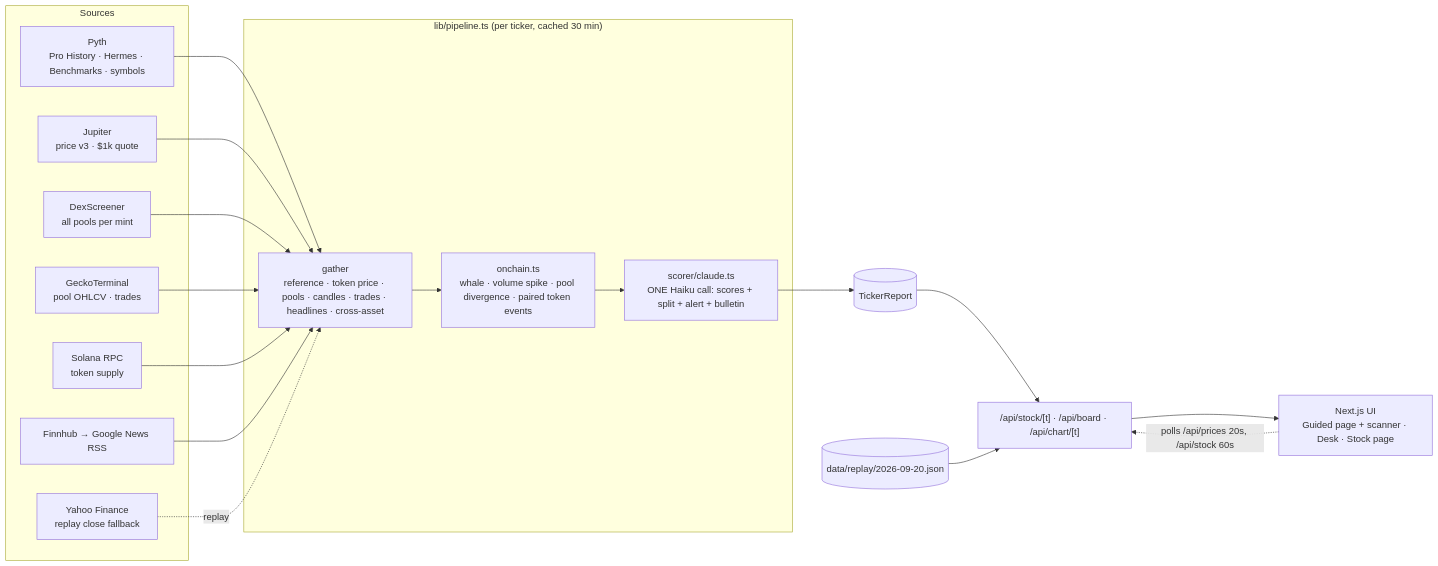
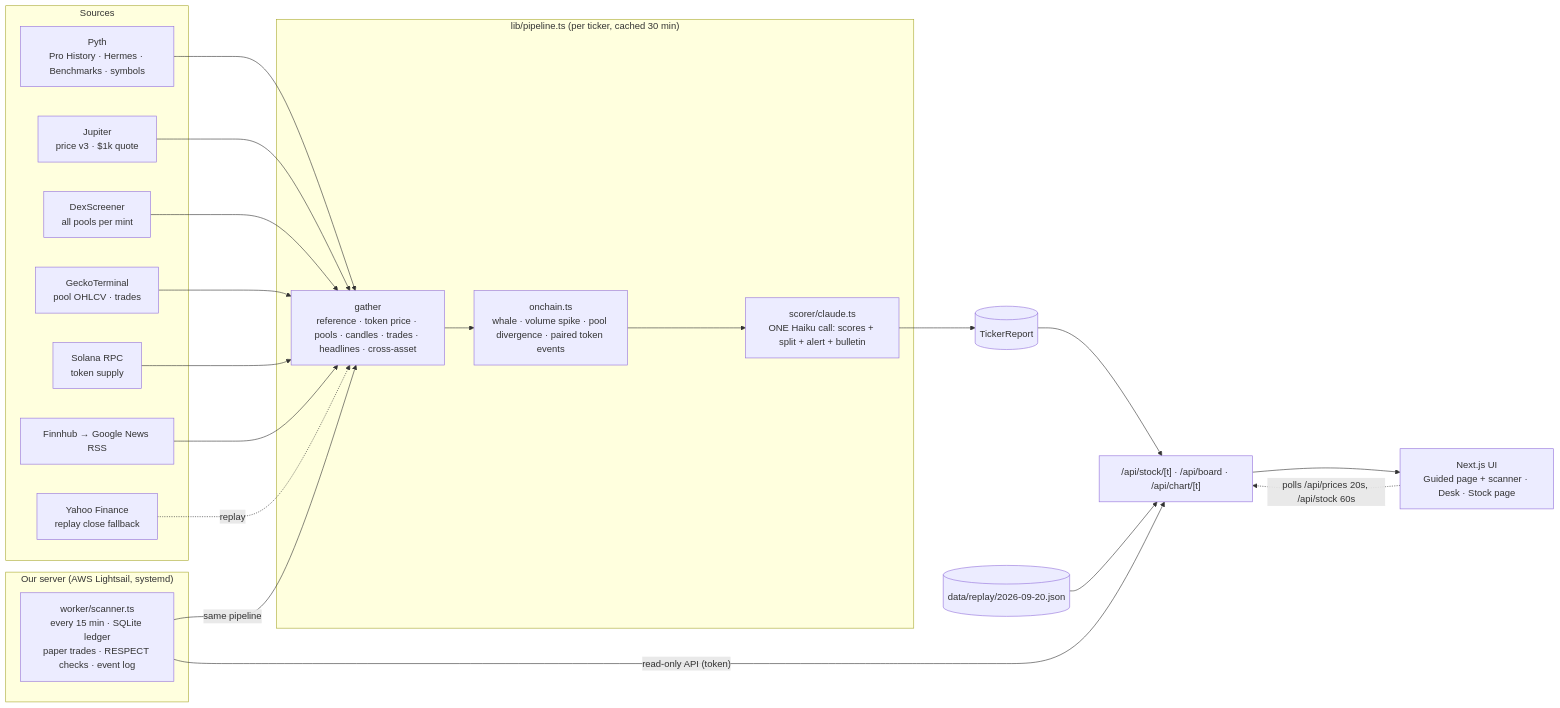
One commit to epicloop/wick-wire changed the diagram in README.md. Above: the diagram before and after it, drawn with Mermaid. The commit also changed other lines of this file and 1 other file, not shown here.

Commit message:
Docs: server scanner + track record

````diff
--- a/README.md
+++ b/README.md
@@ -50,29 +51,34 @@
 ```mermaid
 flowchart LR
   subgraph Sources
     PY[Pyth<br/>Pro History · Hermes · Benchmarks · symbols]
     JUP[Jupiter<br/>price v3 · $1k quote]
     DS[DexScreener<br/>all pools per mint]
     GT[GeckoTerminal<br/>pool OHLCV · trades]
     RPC[Solana RPC<br/>token supply]
     NEWS[Finnhub → Google News RSS]
     YF[Yahoo Finance<br/>replay close fallback]
   end
   subgraph Pipeline["lib/pipeline.ts (per ticker, cached 30 min)"]
     G[gather<br/>reference · token price · pools · candles · trades · headlines · cross-asset]
     E[onchain.ts<br/>whale · volume spike · pool divergence · paired token events]
     S[scorer/claude.ts<br/>ONE Haiku call: scores + split + alert + bulletin]
   end
   PY --> G
   JUP --> G
   DS --> G
   GT --> G
   RPC --> G
   NEWS --> G
   YF -.replay.-> G
   G --> E --> S --> R[(TickerReport)]
   R --> API["/api/stock/[t] · /api/board · /api/chart/[t]"]
   FX[(data/replay/2026-09-20.json)] --> API
+  subgraph Server["Our server (AWS Lightsail, systemd)"]
+    W[worker/scanner.ts<br/>every 15 min · SQLite ledger<br/>paper trades · RESPECT checks · event log]
+  end
+  W -->|same pipeline| G
+  W -->|"read-only API (token)"| API
   API --> UI[Next.js UI<br/>Guided page + scanner · Desk · Stock page]
   UI -. polls /api/prices 20s, /api/stock 60s .-> API
 ```
````
